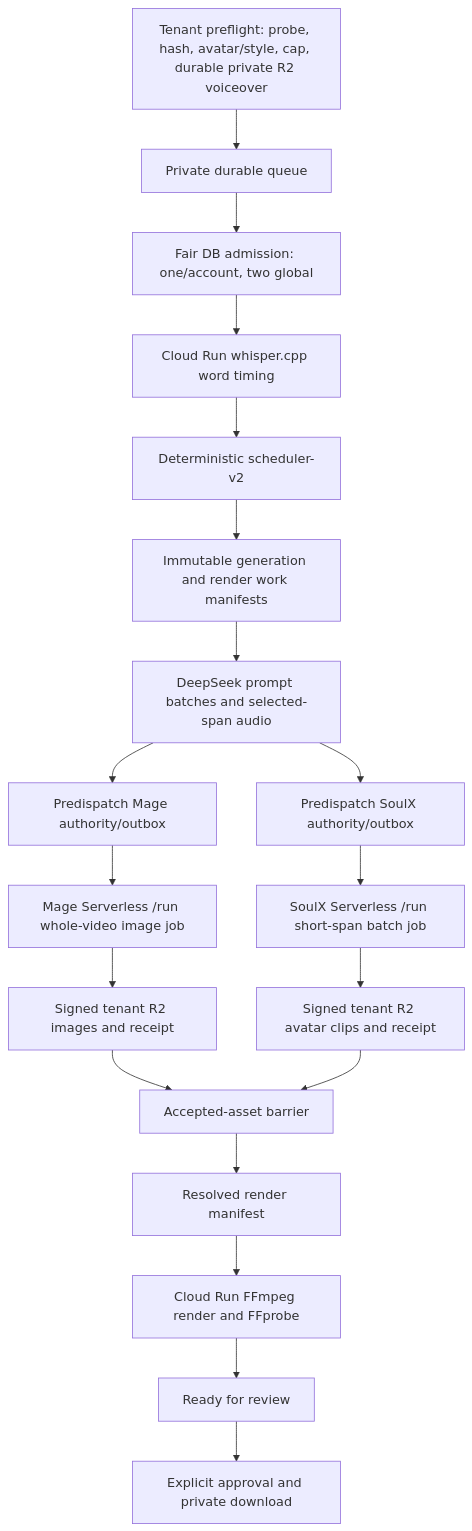
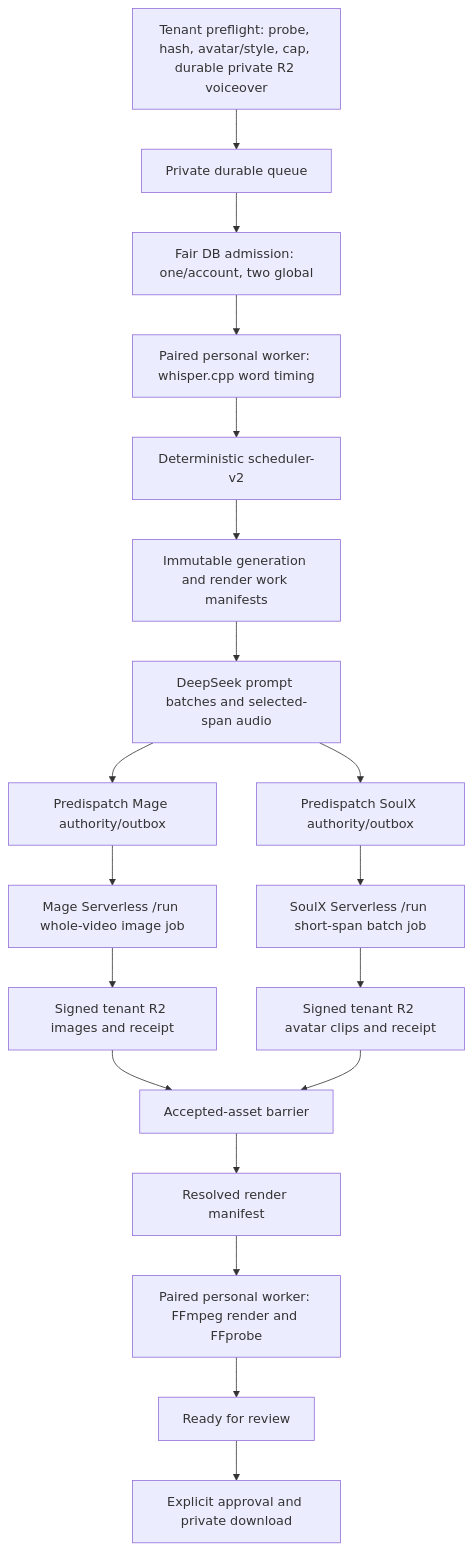
One commit to Pala-LakshmanSai/videoforge changed the diagram in project-context/07_PIPELINE_AND_SCHEDULER.md. Above: the diagram before and after it, drawn with Mermaid. The commit also changed other lines of this file and 60 other files, not shown here.

````diff
--- a/project-context/07_PIPELINE_AND_SCHEDULER.md
+++ b/project-context/07_PIPELINE_AND_SCHEDULER.md
@@ -12,21 +12,21 @@
 ```mermaid
 flowchart TD
     P["Tenant preflight: probe, hash, avatar/style, cap, durable private R2 voiceover"] --> Q["Private durable queue"]
     Q --> A["Fair DB admission: one/account, two global"]
-    A --> T["Cloud Run whisper.cpp word timing"]
+    A --> T["Paired personal worker: whisper.cpp word timing"]
     T --> S["Deterministic scheduler-v2"]
     S --> WM["Immutable generation and render work manifests"]
     WM --> D["DeepSeek prompt batches and selected-span audio"]
     D --> MI["Predispatch Mage authority/outbox"]
     D --> SI["Predispatch SoulX authority/outbox"]
     MI --> ME["Mage Serverless /run whole-video image job"]
     SI --> SE["SoulX Serverless /run short-span batch job"]
     ME --> MR["Signed tenant R2 images and receipt"]
     SE --> SR["Signed tenant R2 avatar clips and receipt"]
     MR --> B["Accepted-asset barrier"]
     SR --> B
     B --> RM["Resolved render manifest"]
-    RM --> F["Cloud Run FFmpeg render and FFprobe"]
+    RM --> F["Paired personal worker: FFmpeg render and FFprobe"]
     F --> R["Ready for review"]
     R --> AP["Explicit approval and private download"]
 ```
````
